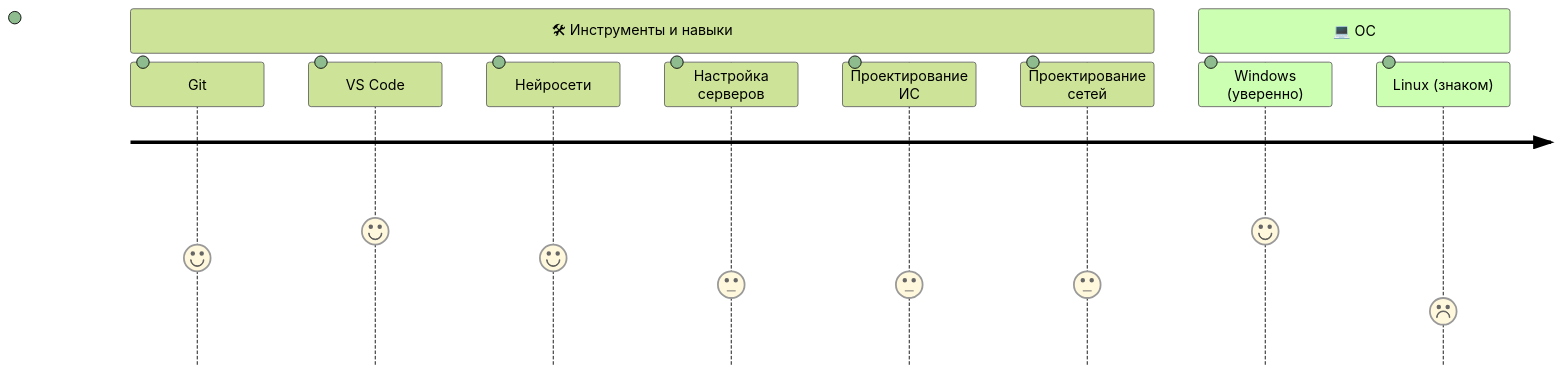
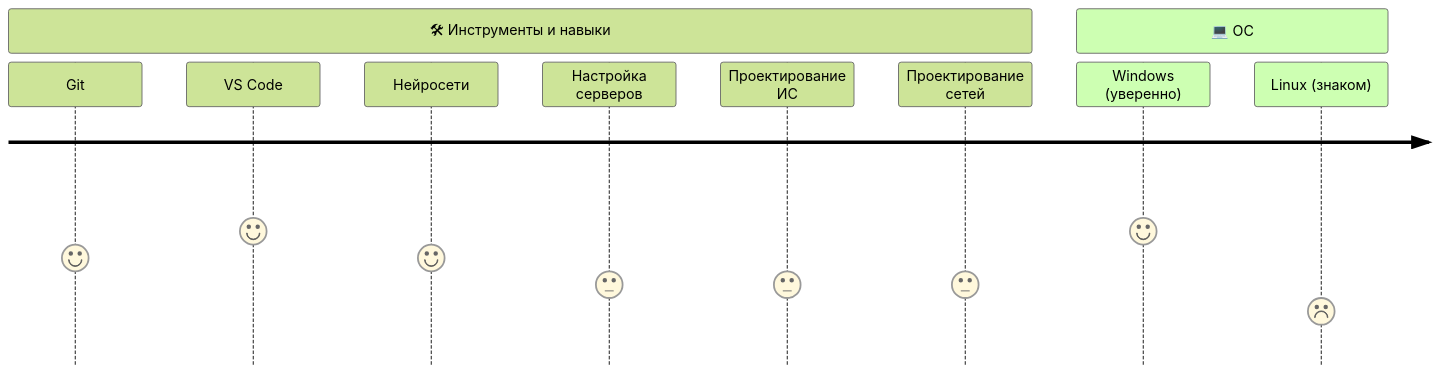
One commit to sttape/sttape changed the second of 2 diagrams in README.md. Above: the diagram before and after it, drawn with Mermaid (forest theme). The commit also changed other lines of this file, not shown here.

````diff
--- a/README.md
+++ b/README.md
@@ -23,13 +23,13 @@
 ```mermaid
 journey
     section 🛠 Инструменты и навыки
-      Git: 4:
-      VS Code: 5:
-      Нейросети: 4:
-      Настройка серверов: 3:
-      Проектирование ИС: 3:
-      Проектирование сетей: 3:
+      Git: 4
+      VS Code: 5
+      Нейросети: 4
+      Настройка серверов: 3
+      Проектирование ИС: 3
+      Проектирование сетей: 3
     section 💻 ОС
-      Windows (уверенно): 5:
-      Linux (знаком): 2:
+      Windows (уверенно): 5
+      Linux (знаком): 2
 ```
````
